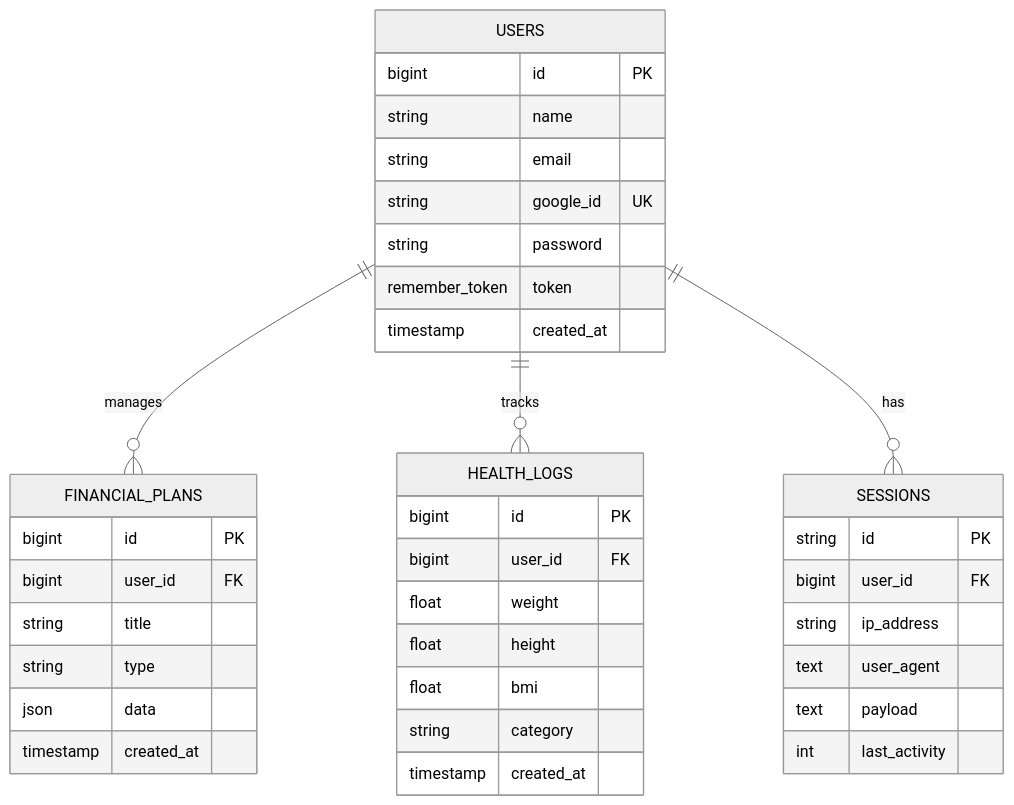
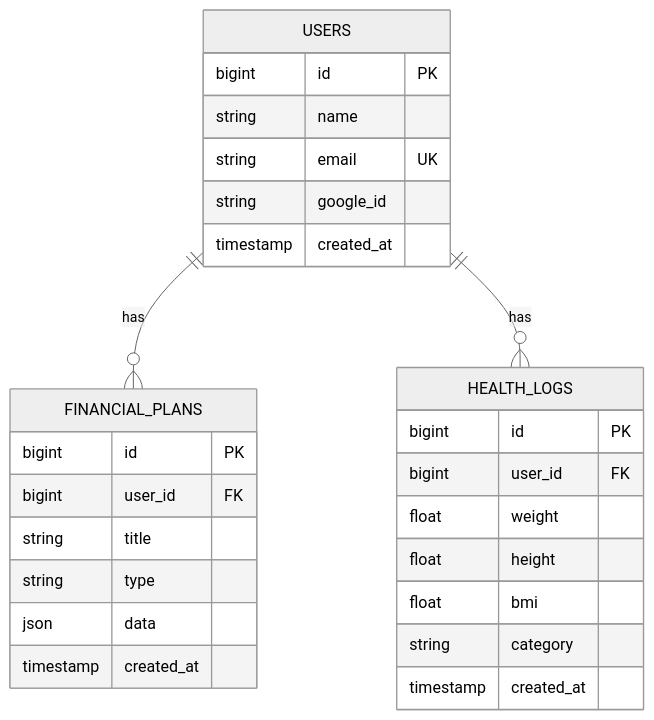
The fourth of 4 diagrams in README.md (falcon-ioi/Caclcon), drawn with Mermaid (neutral theme) before and after one commit. The commit also changed other lines of this file, not shown here.

Commit message:
Docs: Clean up UML diagrams for elegance and readability

````diff
--- a/README.md
+++ b/README.md
@@ -158,44 +152,32 @@
 ```mermaid
 erDiagram
-    USERS ||--o{ FINANCIAL_PLANS : manages
-    USERS ||--o{ HEALTH_LOGS : tracks
-    USERS ||--o{ SESSIONS : has
+    USERS ||--o{ FINANCIAL_PLANS : has
+    USERS ||--o{ HEALTH_LOGS : has
     
     USERS {
         bigint id PK
         string name
-        string email
-        string google_id UK
-        string password
-        remember_token token
+        string email UK
+        string google_id
         timestamp created_at
     }
     
     FINANCIAL_PLANS {
         bigint id PK
         bigint user_id FK
         string title
         string type
         json data
         timestamp created_at
     }
     
     HEALTH_LOGS {
         bigint id PK
         bigint user_id FK
         float weight
         float height
         float bmi
         string category
         timestamp created_at
     }
-    
-    SESSIONS {
-        string id PK
-        bigint user_id FK
-        string ip_address
-        text user_agent
-        text payload
-        int last_activity
-    }
 ```
````
